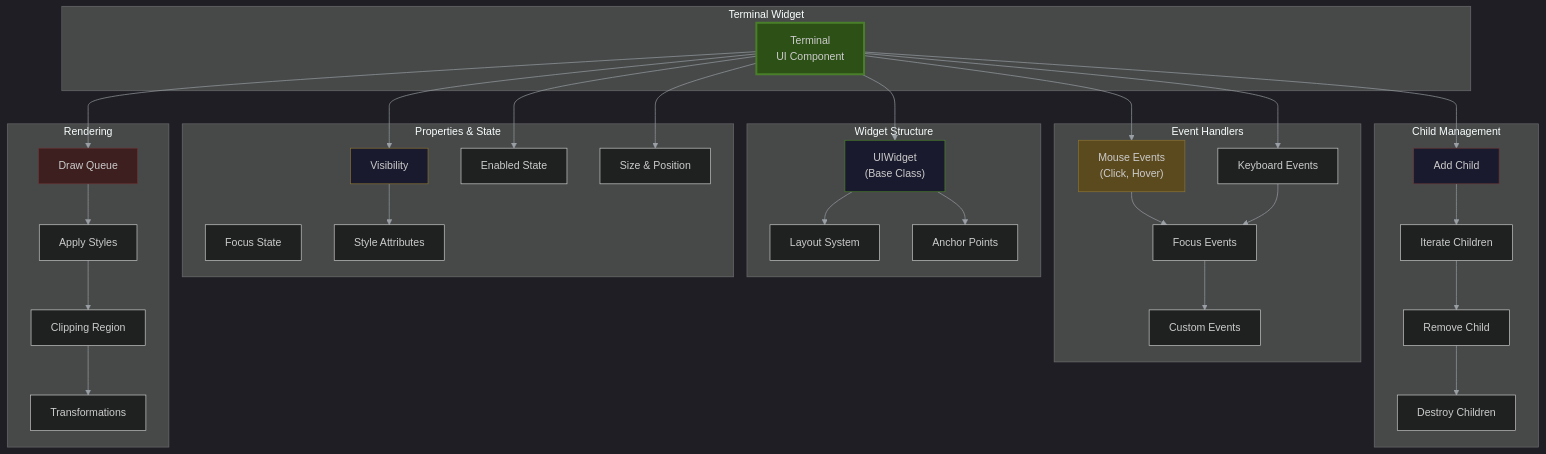
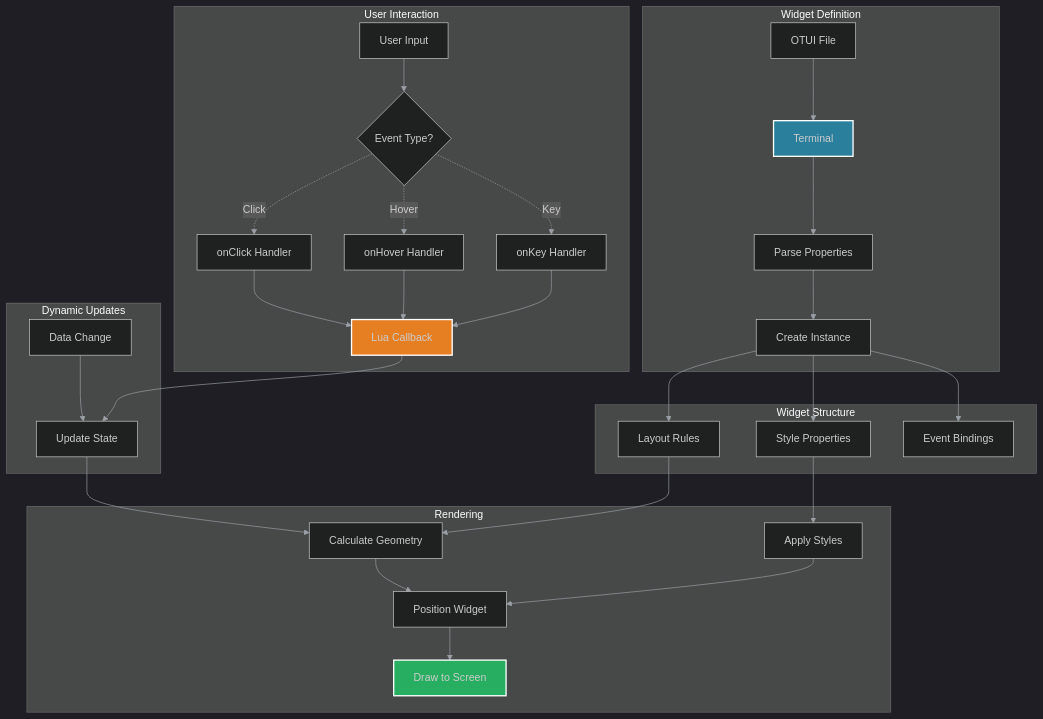
Before and after one commit to lukaszj321/otcv8-dev: the diagram in docs/authoring/04_ui/otui/diagrams/terminal.mmd, drawn with Mermaid. The commit also changed 222 other files, not shown here.

Commit message:
refactor: convert all diagrams to conceptual flow format - no truncation, context-focused

```diff
--- a/docs/authoring/04_ui/otui/diagrams/terminal.mmd
+++ b/docs/authoring/04_ui/otui/diagrams/terminal.mmd
@@ -1,72 +1,41 @@
 %%{init: {'theme':'dark','themeVariables': {'primaryTextColor':'#ddd','lineColor':'#9aa0a6'},'securityLevel':'loose'}}%%
-graph TB
-    subgraph Widget["Terminal Widget"]
-        W["Terminal<br/>UI Component"]
+graph TD
+    subgraph Definition["Widget Definition"]
+        A[OTUI File] --> B[Terminal]
+        B --> C[Parse Properties]
+        C --> D[Create Instance]
     end
-    
+
     subgraph Structure["Widget Structure"]
-        BASE["UIWidget<br/>(Base Class)"]
-        LAYOUT["Layout System"]
-        ANCHORS["Anchor Points"]
+        D --> E[Layout Rules]
+        D --> F[Style Properties]
+        D --> G[Event Bindings]
     end
-    
-    subgraph Properties["Properties & State"]
-        VISIBLE["Visibility"]
-        ENABLED["Enabled State"]
-        FOCUS["Focus State"]
-        SIZE["Size & Position"]
-        STYLE["Style Attributes"]
+
+    subgraph Rendering["Rendering"]
+        E --> H[Calculate Geometry]
+        F --> I[Apply Styles]
+        H --> J[Position Widget]
+        I --> J
+        J --> K[Draw to Screen]
     end
-    
-    subgraph Events["Event Handlers"]
-        MOUSE["Mouse Events<br/>(Click, Hover)"]
-        KEYBOARD["Keyboard Events"]
-        FOCUS_EV["Focus Events"]
-        CUSTOM["Custom Events"]
+
+    subgraph Interaction["User Interaction"]
+        L[User Input] --> M{Event Type?}
+        M -.Click.-> N[onClick Handler]
+        M -.Hover.-> O[onHover Handler]
+        M -.Key.-> P[onKey Handler]
+        N --> Q[Lua Callback]
+        O --> Q
+        P --> Q
     end
-    
-    subgraph Children["Child Management"]
-        ADD["Add Child"]
-        REMOVE["Remove Child"]
-        ITERATE["Iterate Children"]
-        DESTROY["Destroy Children"]
+
+    subgraph Updates["Dynamic Updates"]
+        Q --> R[Update State]
+        R --> H
+        S[Data Change] --> R
     end
-    
-    subgraph Rendering["Rendering"]
-        DRAW["Draw Queue"]
-        STYLE_RENDER["Apply Styles"]
-        CLIP["Clipping Region"]
-        TRANSFORM["Transformations"]
-    end
-    
-    W --> BASE
-    BASE --> LAYOUT
-    BASE --> ANCHORS
-    
-    W --> VISIBLE
-    W --> ENABLED
-    W --> SIZE
-    VISIBLE --> STYLE
-    
-    W --> MOUSE
-    W --> KEYBOARD
-    MOUSE --> FOCUS_EV
-    KEYBOARD --> FOCUS_EV
-    FOCUS_EV --> CUSTOM
-    
-    W --> ADD
-    ADD --> ITERATE
-    ITERATE --> REMOVE
-    REMOVE --> DESTROY
-    
-    W --> DRAW
-    DRAW --> STYLE_RENDER
-    STYLE_RENDER --> CLIP
-    CLIP --> TRANSFORM
-    
-    style W fill:#2d5016,stroke:#4a7f2a,stroke-width:3px
-    style BASE fill:#1a1a2e,stroke:#4a7f2a
-    style VISIBLE fill:#1a1a2e,stroke:#8b7332
-    style MOUSE fill:#5c4a1f,stroke:#8b7332
-    style ADD fill:#1a1a2e,stroke:#6b3535
-    style DRAW fill:#3d1f1f,stroke:#6b3535
+
+    style B fill:#2a7f9c,stroke:#fff,stroke-width:2px
+    style K fill:#27ae60,stroke:#fff,stroke-width:2px
+    style Q fill:#e67e22,stroke:#fff,stroke-width:2px
```
